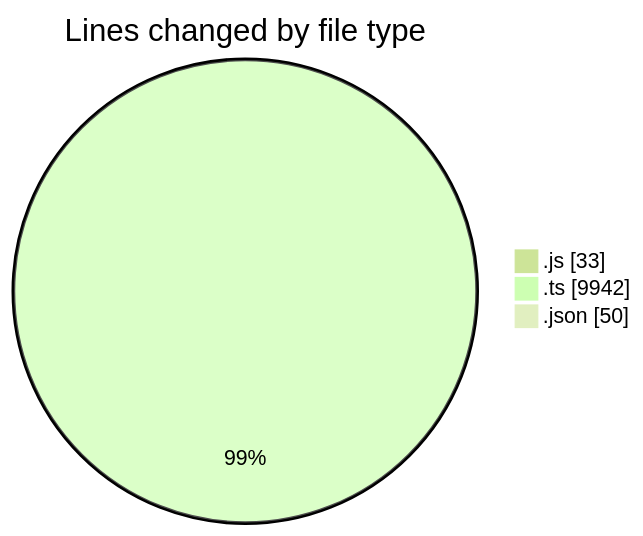
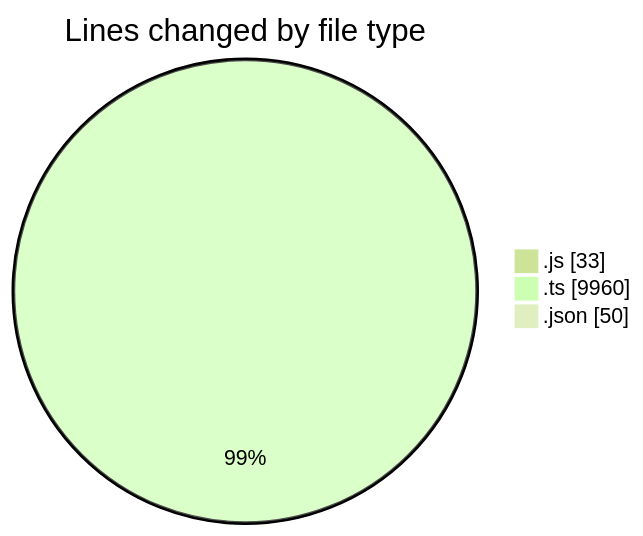
One commit to momahboobian/code-tracking changed the first of 2 diagrams in 2025-09-08/cda/README.md. Above: the diagram before and after it, drawn with Mermaid (forest theme). The commit also changed other lines of this file and 1 other file, not shown here.

````diff
--- a/2025-09-08/cda/README.md
+++ b/2025-09-08/cda/README.md
@@ -25,7 +25,7 @@
 ```mermaid
 pie showData
 title Lines changed by file type
 ".js" : 33
-".ts" : 9942
+".ts" : 9960
 ".json" : 50
 ```
````
